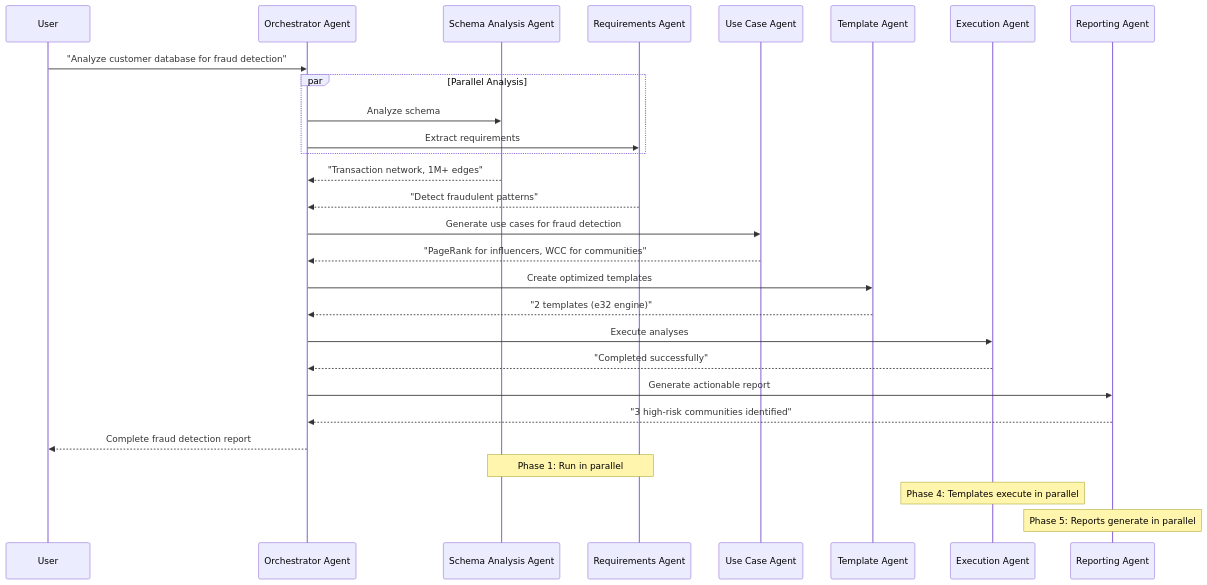
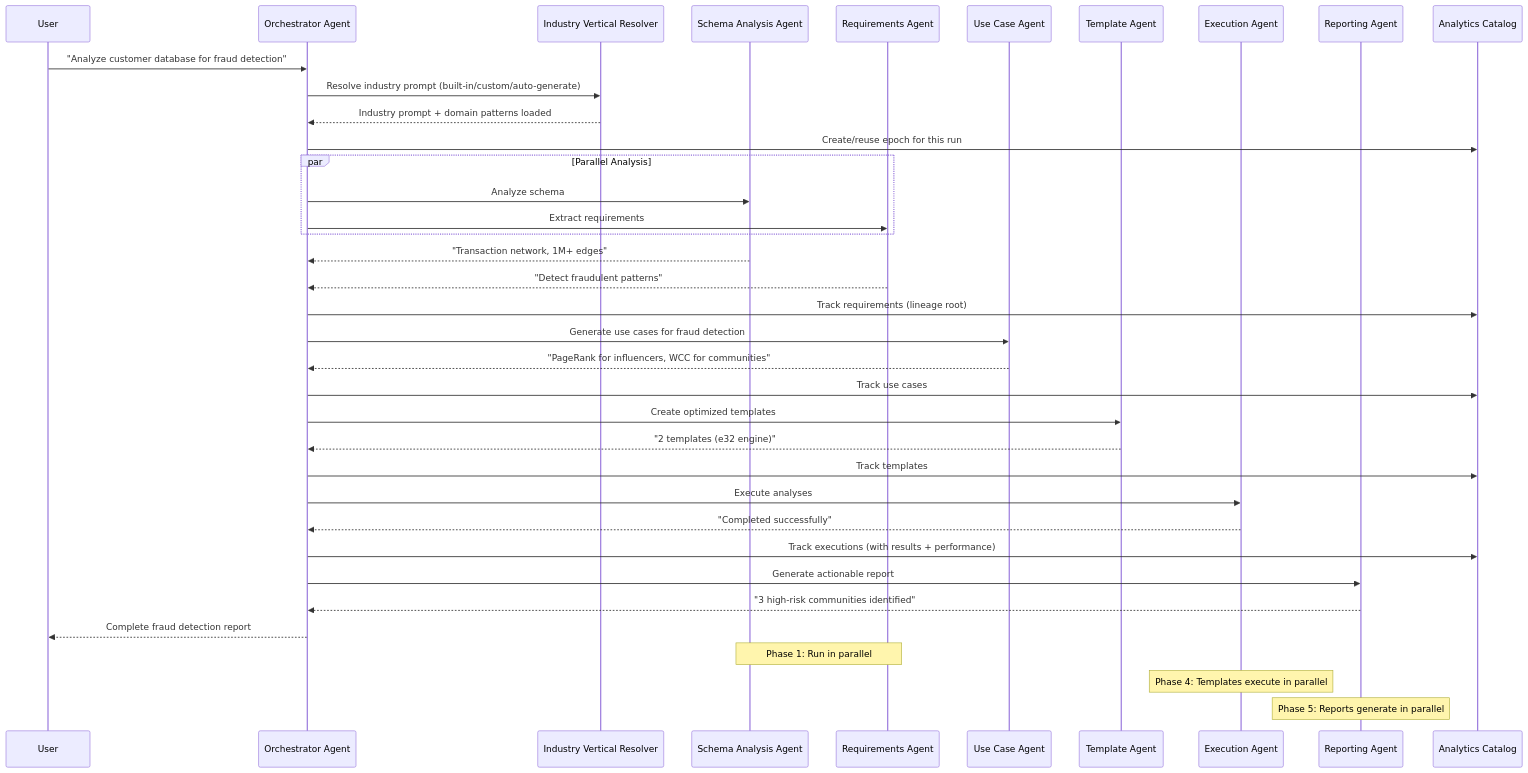
One commit to ArthurKeen/graph-analytics-ai-platform changed the first of 2 diagrams in docs/user-guide/AGENTIC_WORKFLOW.md. Above: the diagram before and after it, drawn with Mermaid. The commit also changed other lines of this file and 4 other files, not shown here.

First line of the commit message:
docs: update agentic workflow diagrams for vertical automation and catalog

````diff
--- a/docs/user-guide/AGENTIC_WORKFLOW.md
+++ b/docs/user-guide/AGENTIC_WORKFLOW.md
@@ -162,39 +162,49 @@
 ```mermaid
 sequenceDiagram
  participant User
  participant Orch as Orchestrator Agent
+ participant Vert as Industry Vertical Resolver
  participant Schema as Schema Analysis Agent
  participant Req as Requirements Agent
  participant UseCase as Use Case Agent
  participant Template as Template Agent
  participant Exec as Execution Agent
  participant Report as Reporting Agent
+ participant Catalog as Analytics Catalog
  
  User->>Orch: "Analyze customer database for fraud detection"
+
+ Orch->>Vert: Resolve industry prompt (built-in/custom/auto-generate)
+ Vert-->>Orch: Industry prompt + domain patterns loaded
+ Orch->>Catalog: Create/reuse epoch for this run
  
  par Parallel Analysis
  Orch->>Schema: Analyze schema
  Orch->>Req: Extract requirements
  end
  
  Schema-->>Orch: "Transaction network, 1M+ edges"
  Req-->>Orch: "Detect fraudulent patterns"
+ Orch->>Catalog: Track requirements (lineage root)
  
  Orch->>UseCase: Generate use cases for fraud detection
  UseCase-->>Orch: "PageRank for influencers, WCC for communities"
+ Orch->>Catalog: Track use cases
  
  Orch->>Template: Create optimized templates
  Template-->>Orch: "2 templates (e32 engine)"
+ Orch->>Catalog: Track templates
  
  Orch->>Exec: Execute analyses
  Exec-->>Orch: "Completed successfully"
+ Orch->>Catalog: Track executions (with results + performance)
  
  Orch->>Report: Generate actionable report
  Report-->>Orch: "3 high-risk communities identified"
  
  Orch-->>User: Complete fraud detection report
  
  Note over Schema,Req: Phase 1: Run in parallel
  Note over Exec: Phase 4: Templates execute in parallel
  Note over Report: Phase 5: Reports generate in parallel
 ```
````
